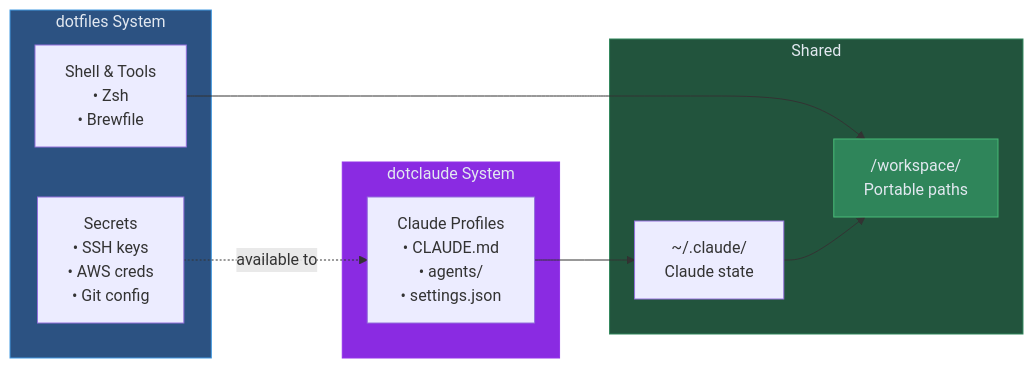
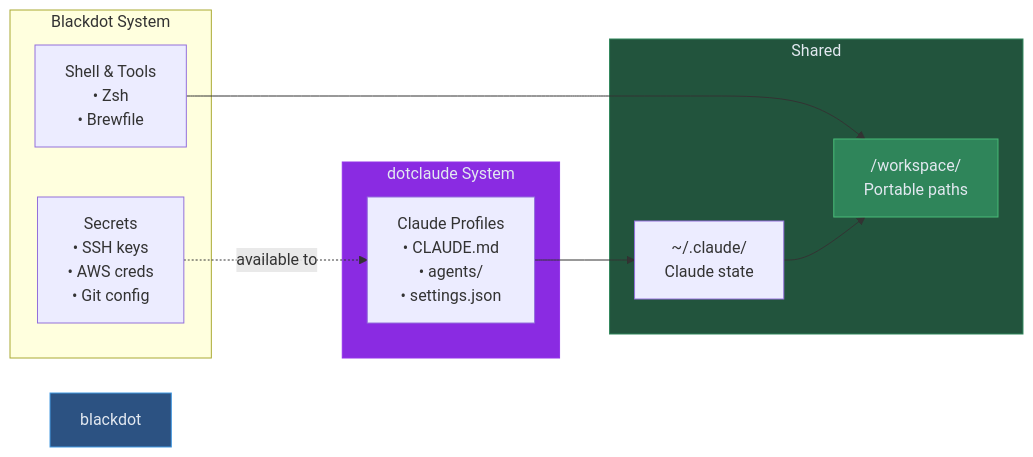
Before and after one commit to blackwell-systems/blackdot: the fifth of 5 diagrams in docs/README-FULL.md, drawn with Mermaid. The commit also changed other lines of this file and 7 other files, not shown here.

````diff
--- a/docs/README-FULL.md
+++ b/docs/README-FULL.md
@@ -877,26 +877,26 @@
 ```mermaid
 flowchart LR
     subgraph dotclaude["dotclaude System"]
         profiles["Claude Profiles<br/>• CLAUDE.md<br/>• agents/<br/>• settings.json"]
     end
 
-    subgraph dotfiles["dotfiles System"]
+    subgraph blackdotsys["Blackdot System"]
         secrets["Secrets<br/>• SSH keys<br/>• AWS creds<br/>• Git config"]
         shell["Shell & Tools<br/>• Zsh<br/>• Brewfile"]
     end
 
     subgraph shared["Shared"]
         workspace["/workspace/<br/>Portable paths"]
         claude_dir["~/.claude/<br/>Claude state"]
     end
 
     profiles --> claude_dir
     secrets -.->|"available to"| profiles
     shell --> workspace
     claude_dir --> workspace
 
     style dotclaude fill:#8A2BE2,stroke:#9333EA,color:#e2e8f0
-    style dotfiles fill:#2c5282,stroke:#4299e1,color:#e2e8f0
+    style blackdot fill:#2c5282,stroke:#4299e1,color:#e2e8f0
     style shared fill:#22543d,stroke:#2f855a,color:#e2e8f0
     style workspace fill:#2f855a,stroke:#48bb78,color:#e2e8f0
 ```
````
